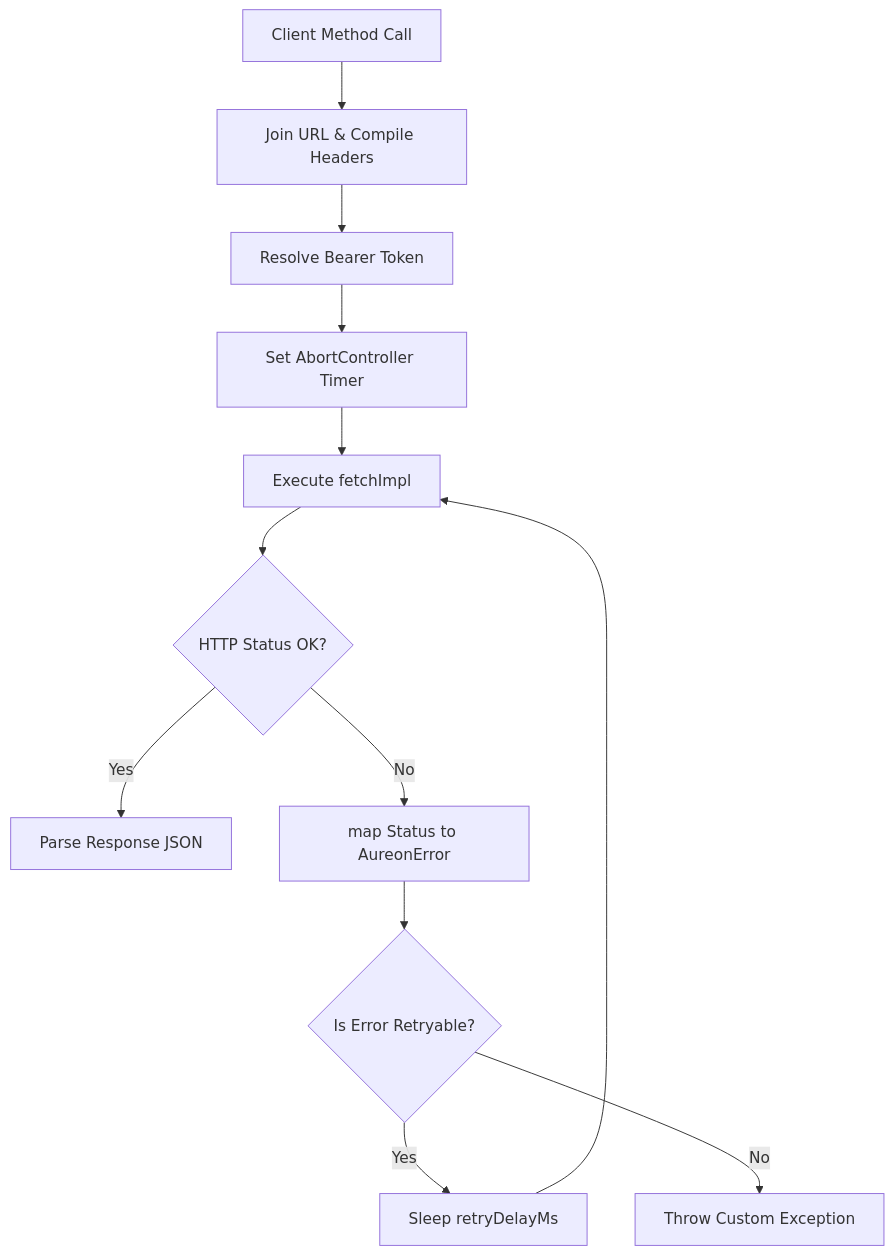
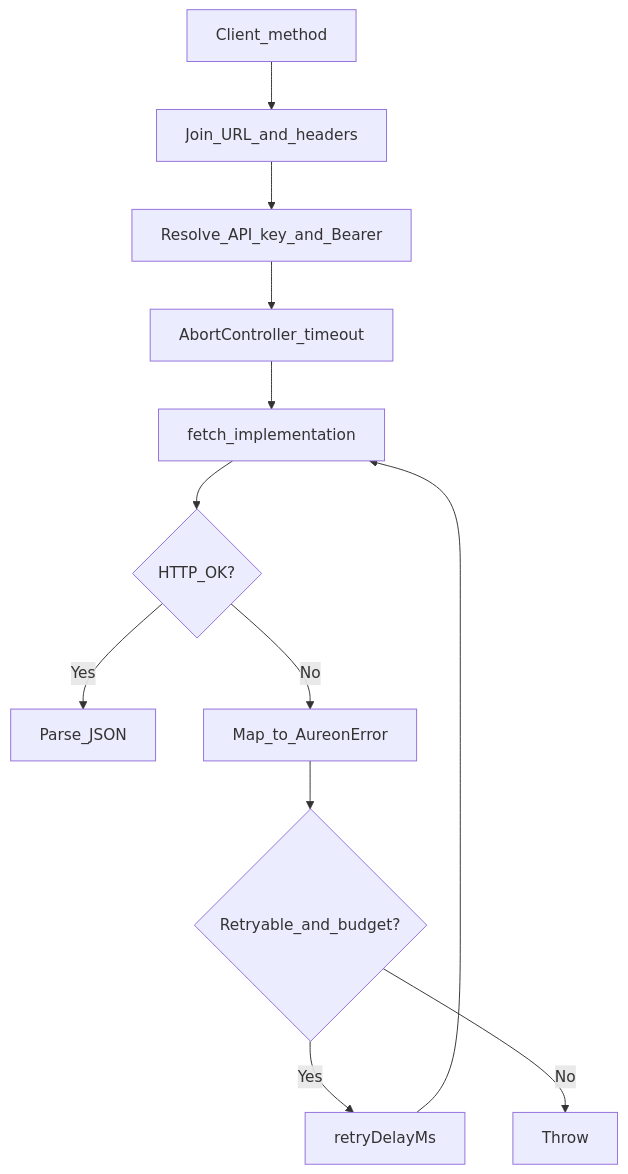
The diagram in docs/transport.md (buildaureon/aureon-sdk), drawn with Mermaid before and after one commit. The commit also changed other lines of this file, not shown here.

Commit message:
docs: trim transport retry docs and remove internal pseudocode section

````diff
--- a/docs/transport.md
+++ b/docs/transport.md
@@ -11,14 +9,14 @@
 ```mermaid
 flowchart TD
-  Call[Client Method Call] --> Prep[Join URL & Compile Headers]
-  Prep --> Auth[Resolve Bearer Token]
-  Auth --> Abort[Set AbortController Timer]
-  Abort --> Fetch[Execute fetchImpl]
-  Fetch --> Code{HTTP Status OK?}
-  Code -->|Yes| Parse[Parse Response JSON]
-  Code -->|No| Map[map Status to AureonError]
-  Map --> Retry{Is Error Retryable?}
-  Retry -->|Yes| Sleep[Sleep retryDelayMs]
+  Call[Client_method] --> Prep[Join_URL_and_headers]
+  Prep --> Auth[Resolve_API_key_and_Bearer]
+  Auth --> Abort[AbortController_timeout]
+  Abort --> Fetch[fetch_implementation]
+  Fetch --> Ok{HTTP_OK?}
+  Ok -->|Yes| Parse[Parse_JSON]
+  Ok -->|No| Map[Map_to_AureonError]
+  Map --> Retry{Retryable_and_budget?}
+  Retry -->|Yes| Sleep[retryDelayMs]
   Sleep --> Fetch
-  Retry -->|No| Throw[Throw Custom Exception]
+  Retry -->|No| Throw[Throw]
 ```
````
